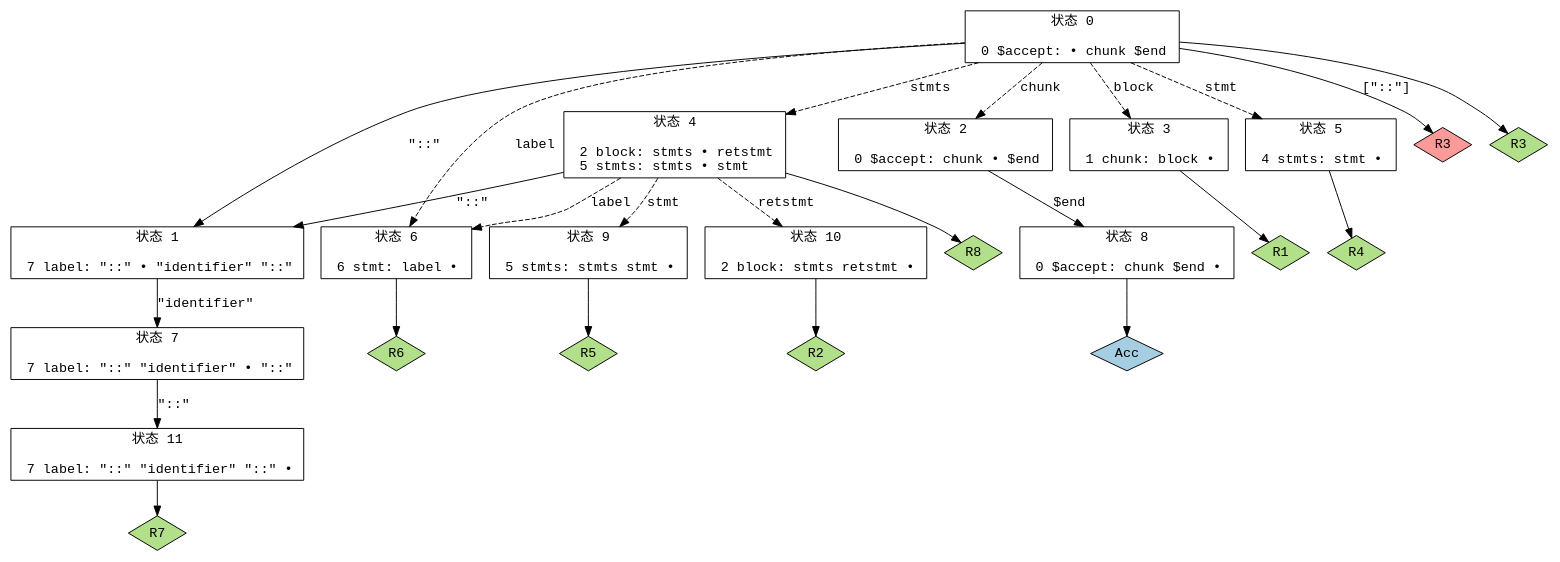
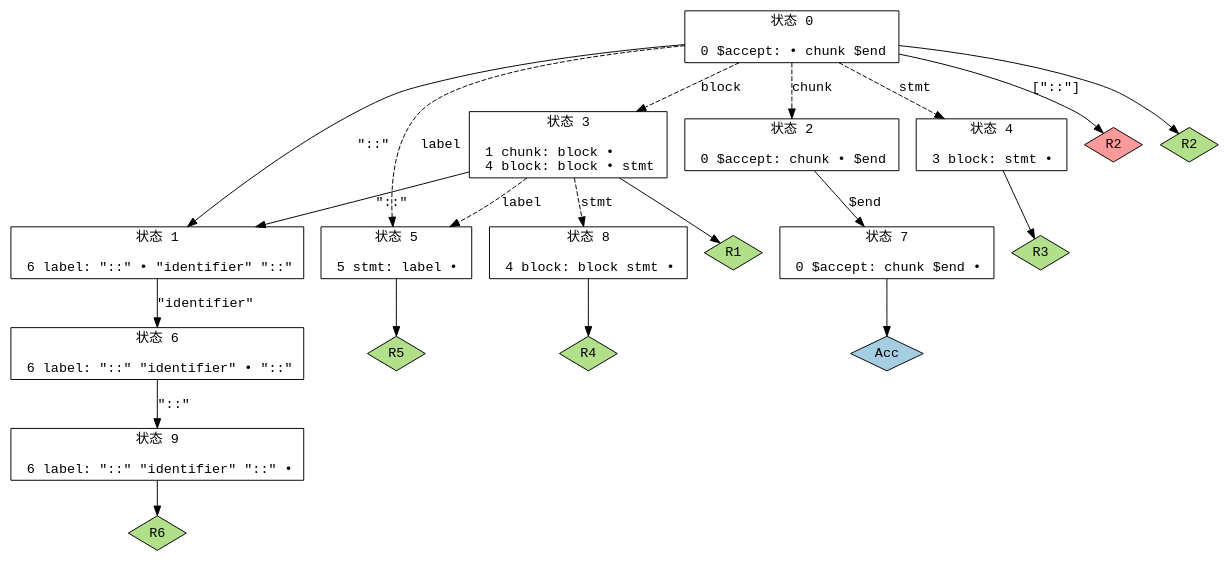
One commit to esrrhs/fakelua changed the diagram in src/bison/parser.gv. Above: the diagram before and after it, drawn with Graphviz. The commit also changed 7 other files, not shown here.

```diff
--- a/src/bison/parser.gv
+++ b/src/bison/parser.gv
@@ -1,55 +1,47 @@
 // 由 GNU Bison 3.8 生成。
 // 向 <bug-bison@gnu.org> 报告问题。
 // 主页：<https://www.gnu.org/software/bison/>。
 
 digraph "parser.y"
 {
   node [fontname = courier, shape = box, colorscheme = paired6]
   edge [fontname = courier]
 
   0 [label="状态 0\n\l  0 $accept: • chunk $end\l"]
   0 -> 1 [style=solid label="\"::\""]
   0 -> 2 [style=dashed label="chunk"]
   0 -> 3 [style=dashed label="block"]
-  0 -> 4 [style=dashed label="stmts"]
-  0 -> 5 [style=dashed label="stmt"]
-  0 -> 6 [style=dashed label="label"]
-  0 -> "0R3d" [label="[\"::\"]", style=solid]
- "0R3d" [label="R3", fillcolor=5, shape=diamond, style=filled]
-  0 -> "0R3" [style=solid]
- "0R3" [label="R3", fillcolor=3, shape=diamond, style=filled]
-  1 [label="状态 1\n\l  7 label: \"::\" • \"identifier\" \"::\"\l"]
-  1 -> 7 [style=solid label="\"identifier\""]
+  0 -> 4 [style=dashed label="stmt"]
+  0 -> 5 [style=dashed label="label"]
+  0 -> "0R2d" [label="[\"::\"]", style=solid]
+ "0R2d" [label="R2", fillcolor=5, shape=diamond, style=filled]
+  0 -> "0R2" [style=solid]
+ "0R2" [label="R2", fillcolor=3, shape=diamond, style=filled]
+  1 [label="状态 1\n\l  6 label: \"::\" • \"identifier\" \"::\"\l"]
+  1 -> 6 [style=solid label="\"identifier\""]
   2 [label="状态 2\n\l  0 $accept: chunk • $end\l"]
-  2 -> 8 [style=solid label="$end"]
-  3 [label="状态 3\n\l  1 chunk: block •\l"]
+  2 -> 7 [style=solid label="$end"]
+  3 [label="状态 3\n\l  1 chunk: block •\l  4 block: block • stmt\l"]
+  3 -> 1 [style=solid label="\"::\""]
+  3 -> 8 [style=dashed label="stmt"]
+  3 -> 5 [style=dashed label="label"]
   3 -> "3R1" [style=solid]
  "3R1" [label="R1", fillcolor=3, shape=diamond, style=filled]
-  4 [label="状态 4\n\l  2 block: stmts • retstmt\l  5 stmts: stmts • stmt\l"]
-  4 -> 1 [style=solid label="\"::\""]
-  4 -> 9 [style=dashed label="stmt"]
-  4 -> 6 [style=dashed label="label"]
-  4 -> 10 [style=dashed label="retstmt"]
-  4 -> "4R8" [style=solid]
- "4R8" [label="R8", fillcolor=3, shape=diamond, style=filled]
-  5 [label="状态 5\n\l  4 stmts: stmt •\l"]
-  5 -> "5R4" [style=solid]
- "5R4" [label="R4", fillcolor=3, shape=diamond, style=filled]
-  6 [label="状态 6\n\l  6 stmt: label •\l"]
-  6 -> "6R6" [style=solid]
- "6R6" [label="R6", fillcolor=3, shape=diamond, style=filled]
-  7 [label="状态 7\n\l  7 label: \"::\" \"identifier\" • \"::\"\l"]
-  7 -> 11 [style=solid label="\"::\""]
-  8 [label="状态 8\n\l  0 $accept: chunk $end •\l"]
-  8 -> "8R0" [style=solid]
- "8R0" [label="Acc", fillcolor=1, shape=diamond, style=filled]
-  9 [label="状态 9\n\l  5 stmts: stmts stmt •\l"]
-  9 -> "9R5" [style=solid]
- "9R5" [label="R5", fillcolor=3, shape=diamond, style=filled]
-  10 [label="状态 10\n\l  2 block: stmts retstmt •\l"]
-  10 -> "10R2" [style=solid]
- "10R2" [label="R2", fillcolor=3, shape=diamond, style=filled]
-  11 [label="状态 11\n\l  7 label: \"::\" \"identifier\" \"::\" •\l"]
-  11 -> "11R7" [style=solid]
- "11R7" [label="R7", fillcolor=3, shape=diamond, style=filled]
+  4 [label="状态 4\n\l  3 block: stmt •\l"]
+  4 -> "4R3" [style=solid]
+ "4R3" [label="R3", fillcolor=3, shape=diamond, style=filled]
+  5 [label="状态 5\n\l  5 stmt: label •\l"]
+  5 -> "5R5" [style=solid]
+ "5R5" [label="R5", fillcolor=3, shape=diamond, style=filled]
+  6 [label="状态 6\n\l  6 label: \"::\" \"identifier\" • \"::\"\l"]
+  6 -> 9 [style=solid label="\"::\""]
+  7 [label="状态 7\n\l  0 $accept: chunk $end •\l"]
+  7 -> "7R0" [style=solid]
+ "7R0" [label="Acc", fillcolor=1, shape=diamond, style=filled]
+  8 [label="状态 8\n\l  4 block: block stmt •\l"]
+  8 -> "8R4" [style=solid]
+ "8R4" [label="R4", fillcolor=3, shape=diamond, style=filled]
+  9 [label="状态 9\n\l  6 label: \"::\" \"identifier\" \"::\" •\l"]
+  9 -> "9R6" [style=solid]
+ "9R6" [label="R6", fillcolor=3, shape=diamond, style=filled]
 }
```
